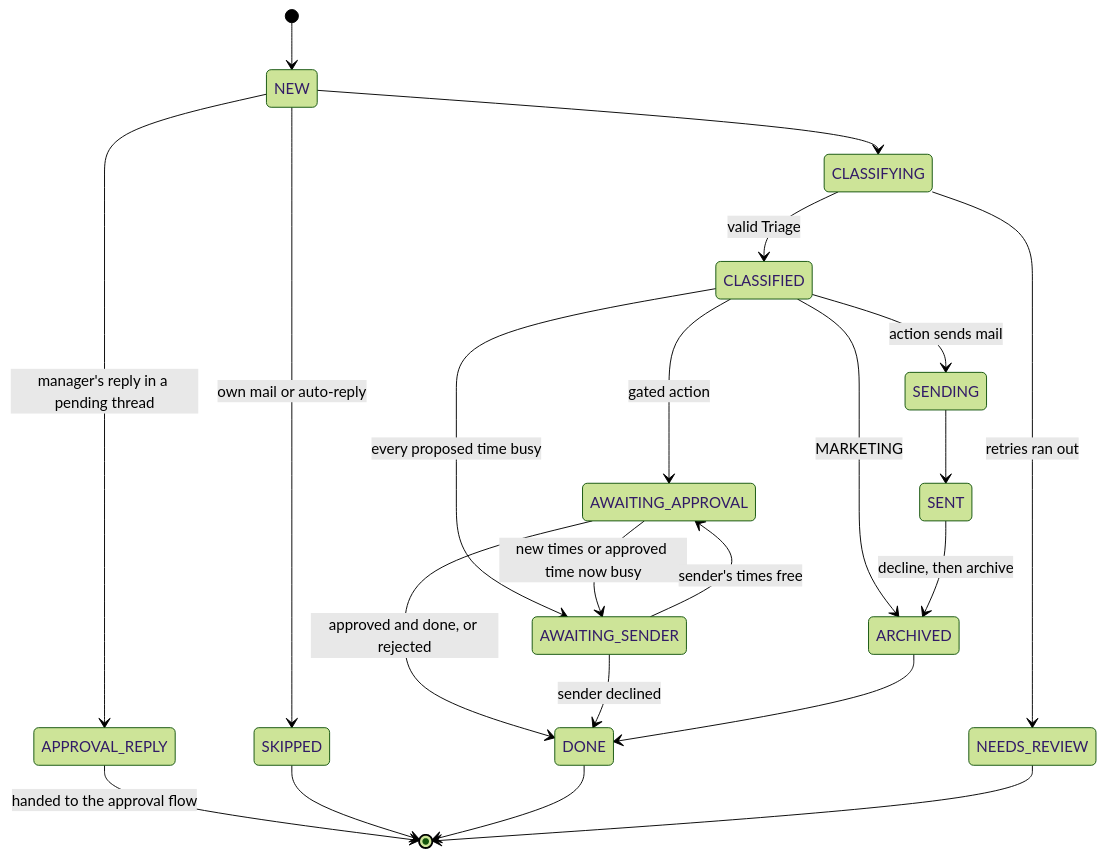
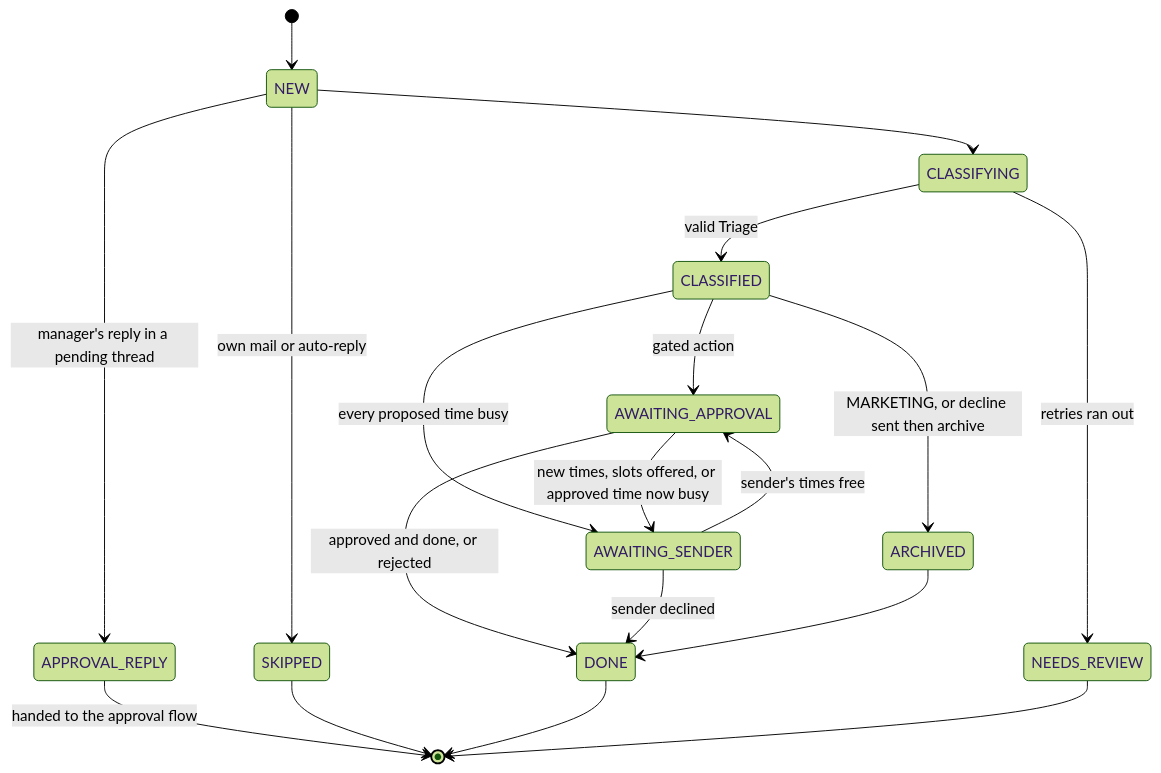
One commit to andreicaminschi/ai-email-assistant changed the diagram in docs/state-audit.md. Above: the diagram before and after it, drawn with Mermaid (forest theme). The commit also changed other lines of this file and 4 other files, not shown here.

First line of the commit message:
docs: email templates, per-send rows, task and slot-offer flows

````diff
--- a/docs/state-audit.md
+++ b/docs/state-audit.md
@@ -42,24 +41,21 @@
 ```mermaid
 stateDiagram-v2
     [*] --> NEW
     NEW --> SKIPPED: own mail or auto-reply
     NEW --> APPROVAL_REPLY: manager's reply in a pending thread
     NEW --> CLASSIFYING
     CLASSIFYING --> CLASSIFIED: valid Triage
     CLASSIFYING --> NEEDS_REVIEW: retries ran out
-    CLASSIFIED --> ARCHIVED: MARKETING
-    CLASSIFIED --> SENDING: action sends mail
-    SENDING --> SENT
-    SENT --> ARCHIVED: decline, then archive
+    CLASSIFIED --> ARCHIVED: MARKETING, or decline sent then archive
     CLASSIFIED --> AWAITING_APPROVAL: gated action
     CLASSIFIED --> AWAITING_SENDER: every proposed time busy
-    AWAITING_APPROVAL --> AWAITING_SENDER: new times or approved time now busy
+    AWAITING_APPROVAL --> AWAITING_SENDER: new times, slots offered, or approved time now busy
     AWAITING_SENDER --> AWAITING_APPROVAL: sender's times free
     AWAITING_APPROVAL --> DONE: approved and done, or rejected
     AWAITING_SENDER --> DONE: sender declined
     ARCHIVED --> DONE
     APPROVAL_REPLY --> [*]: handed to the approval flow
     SKIPPED --> [*]
     DONE --> [*]
     NEEDS_REVIEW --> [*]
 ```
````
